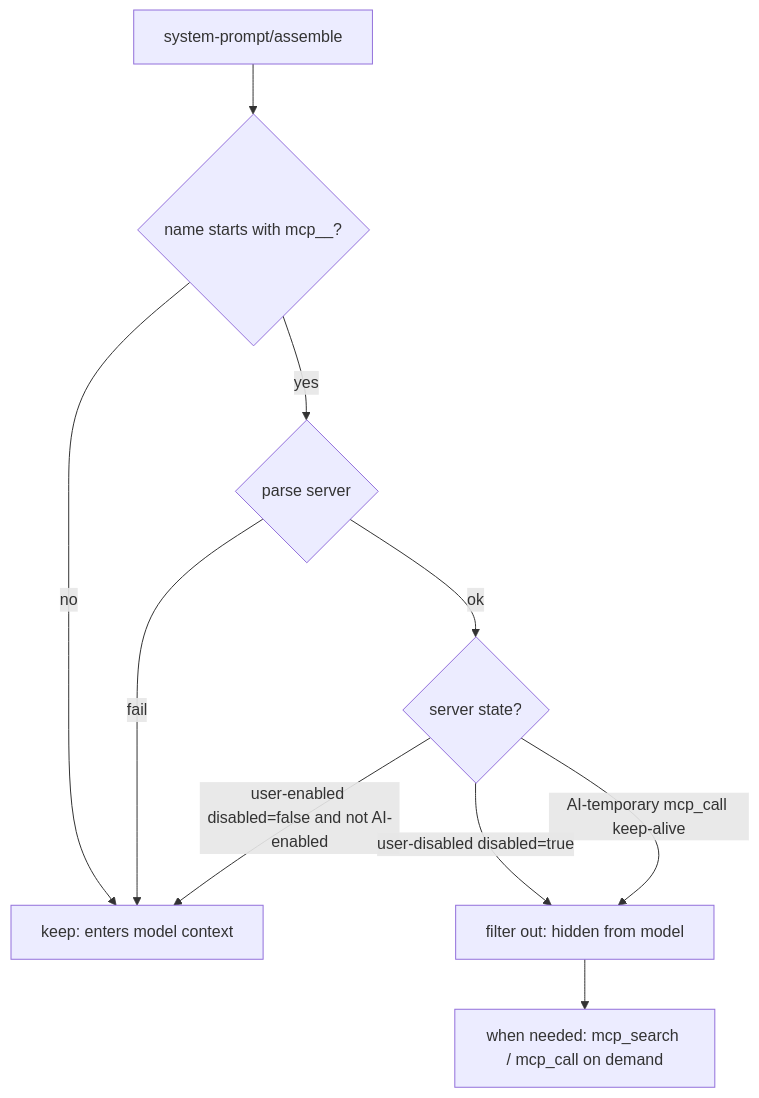
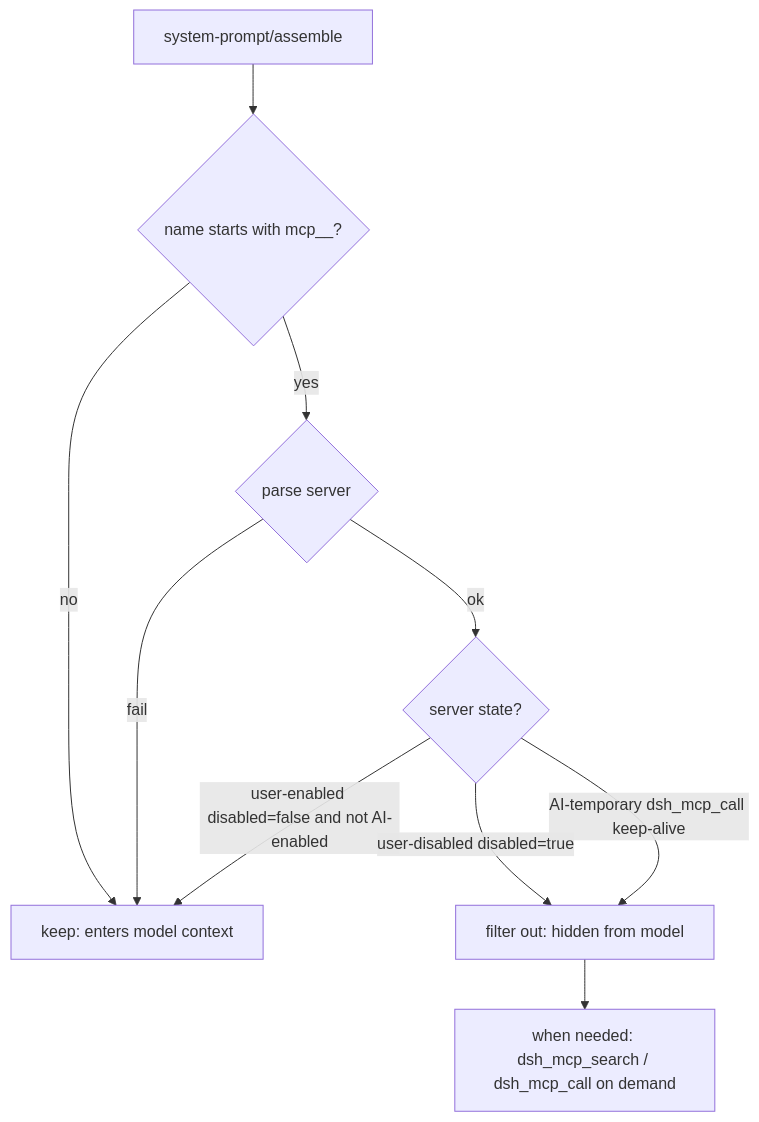
The second of 4 diagrams in README.en.md (lilyblessing/dsh-mcp-skill-panel), drawn with Mermaid before and after one commit. The commit also changed other lines of this file and 71 other files, not shown here.

````diff
--- a/README.en.md
+++ b/README.en.md
@@ -62,12 +84,12 @@
 ```mermaid
 flowchart TD
     A[system-prompt/assemble] --> B{name starts with mcp__?}
     B -- no --> K[keep: enters model context]
     B -- yes --> C{parse server}
     C -- fail --> K
     C -- ok --> D{server state?}
     D -- user-enabled disabled=false and not AI-enabled --> K
     D -- user-disabled disabled=true --> F[filter out: hidden from model]
-    D -- AI-temporary mcp_call keep-alive --> F
-    F --> G[when needed: mcp_search / mcp_call on demand]
+    D -- AI-temporary dsh_mcp_call keep-alive --> F
+    F --> G[when needed: dsh_mcp_search / dsh_mcp_call on demand]
 ```
````
